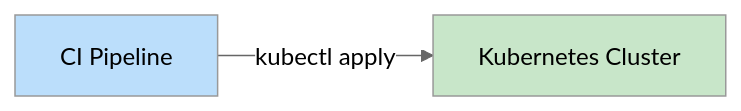
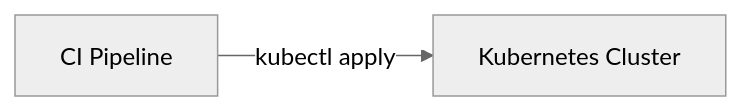
Before and after one commit to shivam-g-mishra/blog: the first of 2 diagrams in docs/cicd/kubernetes-gitops.md, drawn with Mermaid. The commit also changed other lines of this file and 23 other files, not shown here.

First line of the commit message:
fix: improve Mermaid diagram visibility in dark mode

````diff
--- a/docs/cicd/kubernetes-gitops.md
+++ b/docs/cicd/kubernetes-gitops.md
@@ -474,8 +474,5 @@
 ```mermaid
 %%{init: {'theme': 'neutral'}}%%
 flowchart LR
     CI[CI Pipeline] --> |kubectl apply| K8S[Kubernetes Cluster]
-    
-    style CI fill:#bbdefb
-    style K8S fill:#c8e6c9
 ```
````
